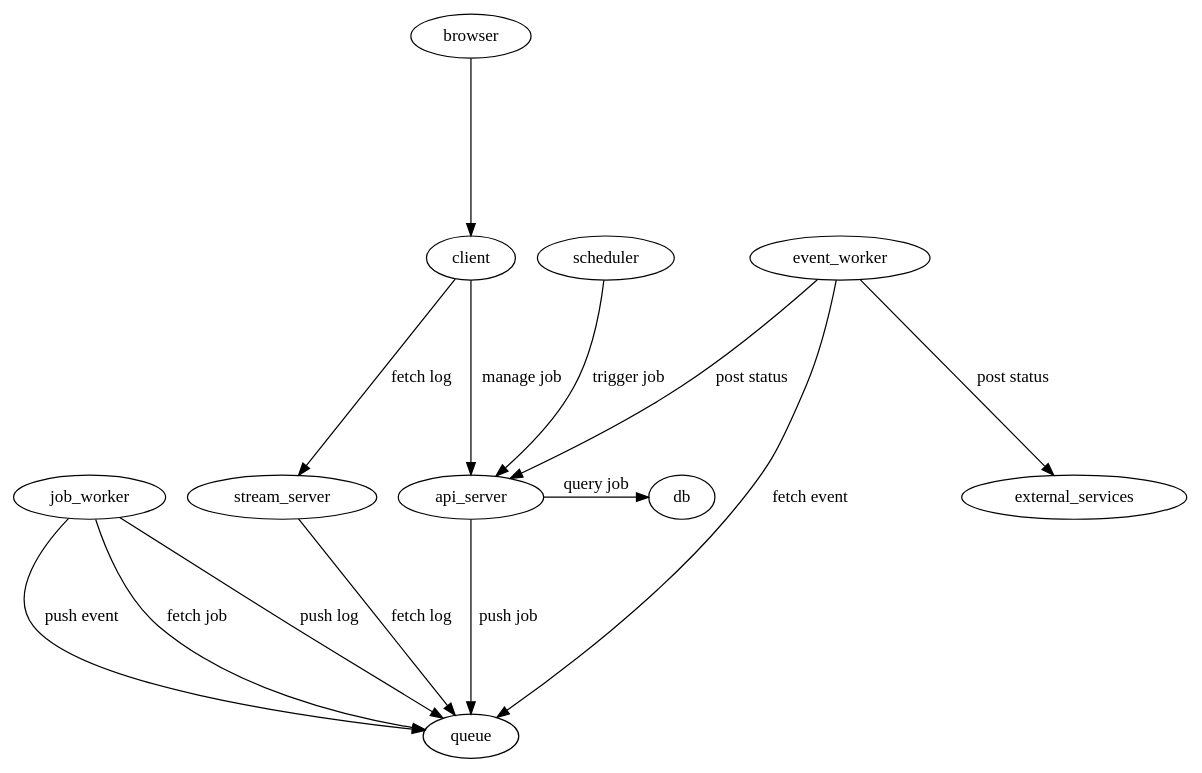
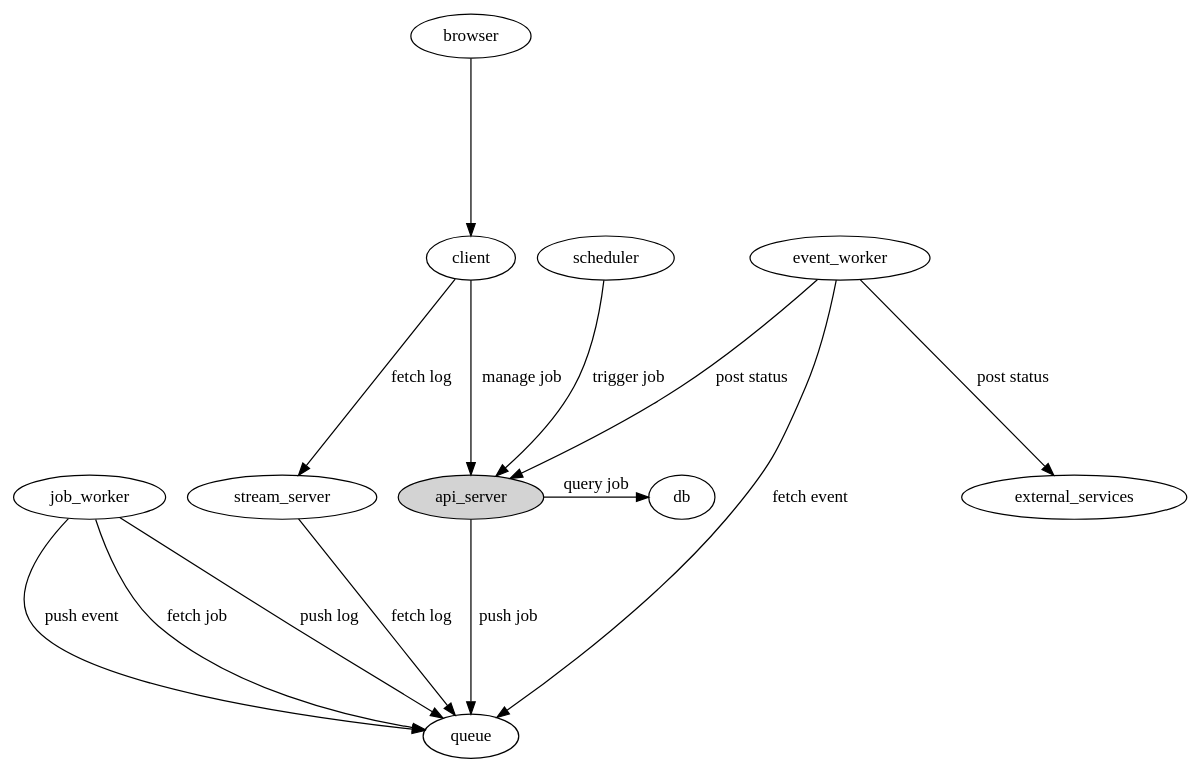
One commit to r7kamura/qchan-api changed the diagram in doc/dot/overview.dot. Above: the diagram before and after it, drawn with Graphviz. The commit also changed 2 other files, not shown here.

Commit message:
Color api server in overview image

```diff
--- a/doc/dot/overview.dot
+++ b/doc/dot/overview.dot
@@ -1,25 +1,26 @@
 digraph {
   graph [ ranksep=2.0; ]
 
   job_worker -> queue [label="push event"];
   job_worker -> queue [label="fetch job"];
   job_worker -> queue [label="push log"];
 
+  api_server [style="filled"];
   api_server -> queue [label="push job"; weight=10];
   api_server -> db [label="query job"];
 
   scheduler -> api_server [label="trigger job"];
 
   client -> api_server [label="manage job"; weight=10];
   client -> stream_server [label="fetch log"];
 
   stream_server -> queue [label="fetch log"];
 
   event_worker -> queue [label="fetch event"];
   event_worker -> api_server [label="post status"];
   event_worker -> external_services [label="post status"];
 
   browser -> client;
 
   { rank = same; api_server; db }
 }
```
